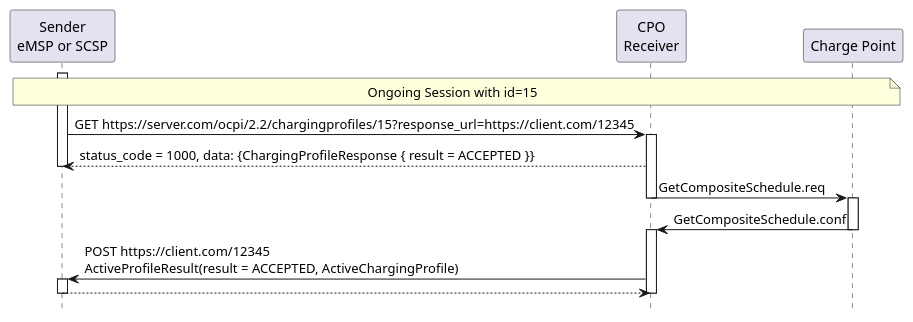
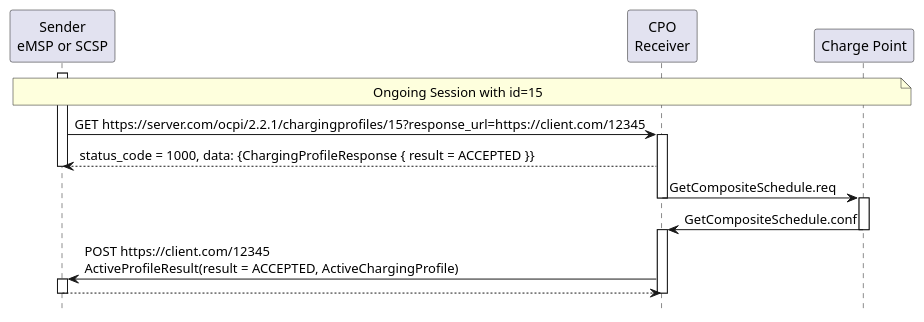
Before and after one commit to ocpi/ocpi: the diagram in plantuml/sd_charging_profile_get.plantuml, drawn with PlantUML. The commit also changed 13 other files, not shown here.

```diff
--- a/plantuml/sd_charging_profile_get.plantuml
+++ b/plantuml/sd_charging_profile_get.plantuml
@@ -1,28 +1,28 @@
 @startuml
 hide footbox
 
 participant "Sender\neMSP or SCSP" as eMSP
 participant "CPO\nReceiver" as CPO
 participant "Charge Point" as CP
 
 NOTE over eMSP, CP: Ongoing Session with id=15
 
 activate eMSP
-eMSP -> CPO: GET https:~//server.com/ocpi/2.2/chargingprofiles/15?response_url=https:~//client.com/12345
+eMSP -> CPO: GET https:~//server.com/ocpi/2.2.1/chargingprofiles/15?response_url=https:~//client.com/12345
 activate CPO
 CPO  --> eMSP: status_code = 1000, data: {ChargingProfileResponse { result = ACCEPTED }}
 deactivate eMSP
 
 CPO  ->  CP:   GetCompositeSchedule.req
 deactivate CPO
 activate CP
 CP   ->  CPO:  GetCompositeSchedule.conf
 deactivate CP
 activate CPO
 CPO  ->  eMSP: POST https:~//client.com/12345\nActiveProfileResult(result = ACCEPTED, ActiveChargingProfile)
 activate eMSP
 eMSP --> CPO:
 deactivate CPO
 deactivate eMSP
 
 @enduml
```
